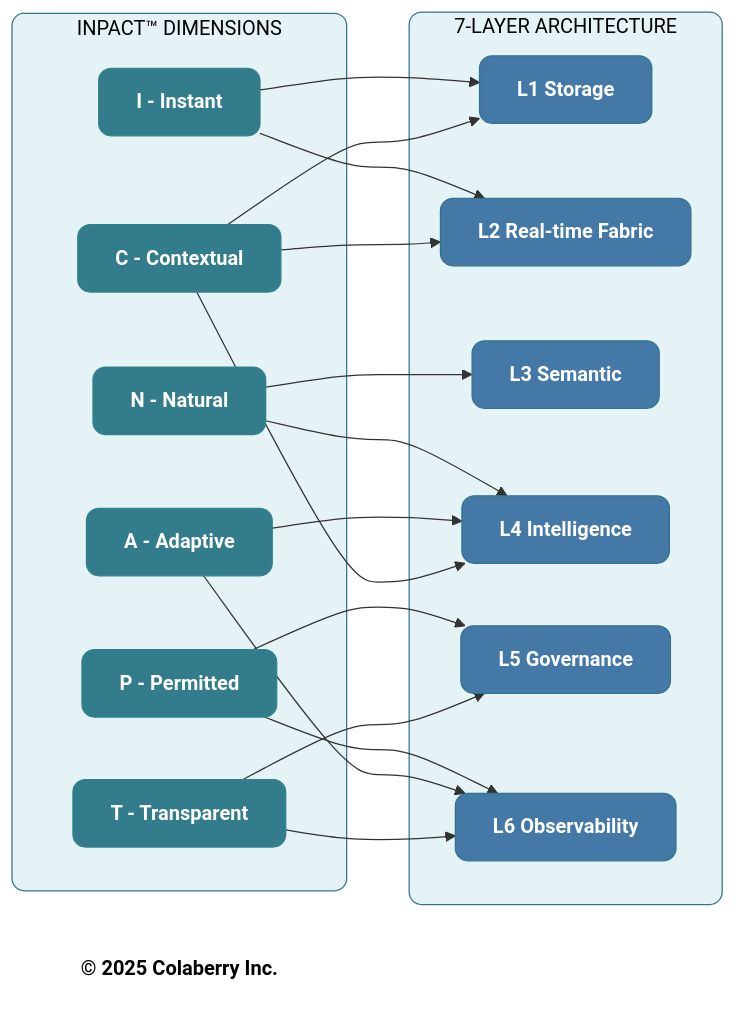
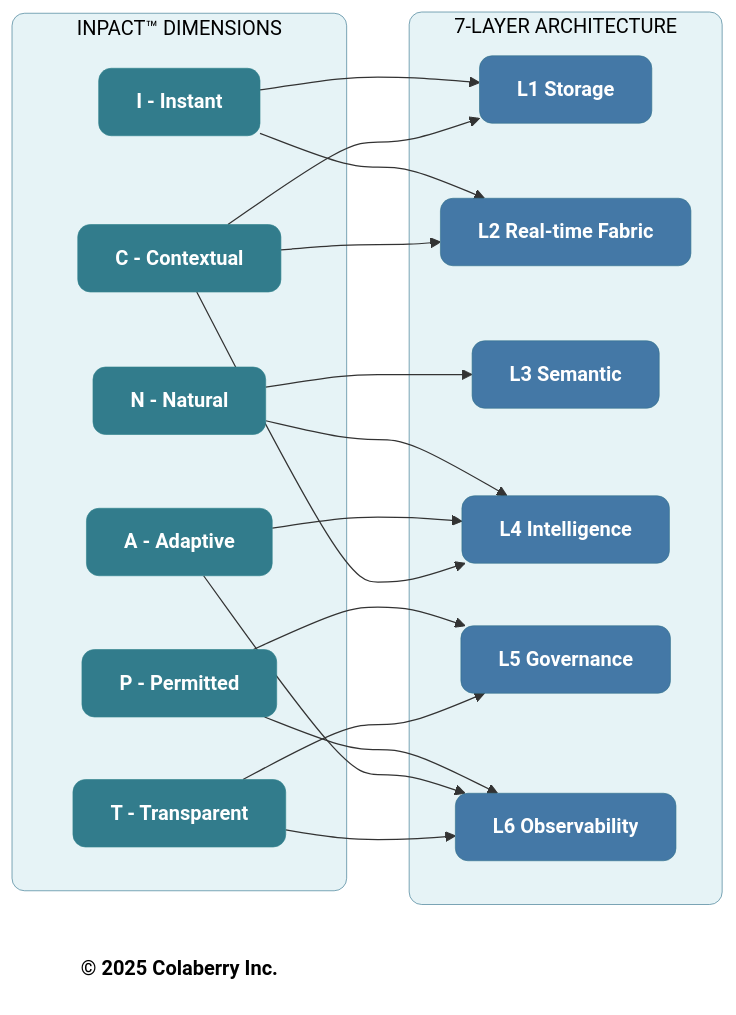
One commit to saitejesh-cyber/trust-before-intelligence-book changed the fourth of 6 diagrams in manuscript/10_chapter_9_measuring_agent_readiness.md. Above: the diagram before and after it, drawn with Mermaid. The commit also changed other lines of this file and 12 other files, not shown here.

Commit message:
Update stroke width to 0.5px instead of 1px to all the diagrams

````diff
--- a/manuscript/10_chapter_9_measuring_agent_readiness.md
+++ b/manuscript/10_chapter_9_measuring_agent_readiness.md
@@ -262,52 +262,52 @@
 ```mermaid
 graph LR
     subgraph INPACT["INPACT™ DIMENSIONS"]
         I["<b>I - Instant</b>"]
         N["<b>N - Natural</b>"]
         P["<b>P - Permitted</b>"]
         A["<b>A - Adaptive</b>"]
         C["<b>C - Contextual</b>"]
         T["<b>T - Transparent</b>"]
     end
     
     subgraph LAYERS["7-LAYER ARCHITECTURE"]
         L1["<b>L1 Storage</b>"]
         L2["<b>L2 Real-time Fabric</b>"]
         L3["<b>L3 Semantic</b>"]
         L4["<b>L4 Intelligence</b>"]
         L5["<b>L5 Governance</b>"]
         L6["<b>L6 Observability</b>"]
     end
     
     I --> L1
     I --> L2
     N --> L3
     N --> L4
     P --> L5
     P --> L6
     A --> L4
     A --> L6
     C --> L1
     C --> L2
     C --> L4
     T --> L5
     T --> L6
     
     Copyright["<b>© 2025 Colaberry Inc.</b>"]
     
-    style INPACT fill:#E6F3F6,stroke:#32738C,stroke-width:1px,color:#000000,rx:10,ry:10
-    style LAYERS fill:#E6F3F6,stroke:#32738C,stroke-width:1px,color:#000000,rx:10,ry:10
-    style I fill:#327C8C,stroke:#30838C,stroke-width:1px,color:#ffffff,rx:10,ry:10
-    style N fill:#327C8C,stroke:#30838C,stroke-width:1px,color:#ffffff,rx:10,ry:10
-    style P fill:#327C8C,stroke:#30838C,stroke-width:1px,color:#ffffff,rx:10,ry:10
-    style A fill:#327C8C,stroke:#30838C,stroke-width:1px,color:#ffffff,rx:10,ry:10
-    style C fill:#327C8C,stroke:#30838C,stroke-width:1px,color:#ffffff,rx:10,ry:10
-    style T fill:#327C8C,stroke:#30838C,stroke-width:1px,color:#ffffff,rx:10,ry:10
-    style L1 fill:#4478A6,stroke:#32738C,stroke-width:1px,color:#ffffff,rx:10,ry:10
-    style L2 fill:#4478A6,stroke:#32738C,stroke-width:1px,color:#ffffff,rx:10,ry:10
-    style L3 fill:#4478A6,stroke:#32738C,stroke-width:1px,color:#ffffff,rx:10,ry:10
-    style L4 fill:#4478A6,stroke:#32738C,stroke-width:1px,color:#ffffff,rx:10,ry:10
-    style L5 fill:#4478A6,stroke:#32738C,stroke-width:1px,color:#ffffff,rx:10,ry:10
-    style L6 fill:#4478A6,stroke:#32738C,stroke-width:1px,color:#ffffff,rx:10,ry:10
+    style INPACT fill:#E6F3F6,stroke:#32738C,stroke-width:0.5px,color:#000000,rx:10,ry:10
+    style LAYERS fill:#E6F3F6,stroke:#32738C,stroke-width:0.5px,color:#000000,rx:10,ry:10
+    style I fill:#327C8C,stroke:#30838C,stroke-width:0.5px,color:#ffffff,rx:10,ry:10
+    style N fill:#327C8C,stroke:#30838C,stroke-width:0.5px,color:#ffffff,rx:10,ry:10
+    style P fill:#327C8C,stroke:#30838C,stroke-width:0.5px,color:#ffffff,rx:10,ry:10
+    style A fill:#327C8C,stroke:#30838C,stroke-width:0.5px,color:#ffffff,rx:10,ry:10
+    style C fill:#327C8C,stroke:#30838C,stroke-width:0.5px,color:#ffffff,rx:10,ry:10
+    style T fill:#327C8C,stroke:#30838C,stroke-width:0.5px,color:#ffffff,rx:10,ry:10
+    style L1 fill:#4478A6,stroke:#32738C,stroke-width:0.5px,color:#ffffff,rx:10,ry:10
+    style L2 fill:#4478A6,stroke:#32738C,stroke-width:0.5px,color:#ffffff,rx:10,ry:10
+    style L3 fill:#4478A6,stroke:#32738C,stroke-width:0.5px,color:#ffffff,rx:10,ry:10
+    style L4 fill:#4478A6,stroke:#32738C,stroke-width:0.5px,color:#ffffff,rx:10,ry:10
+    style L5 fill:#4478A6,stroke:#32738C,stroke-width:0.5px,color:#ffffff,rx:10,ry:10
+    style L6 fill:#4478A6,stroke:#32738C,stroke-width:0.5px,color:#ffffff,rx:10,ry:10
     style Copyright fill:none,stroke:none,color:#000000
 ```
````
